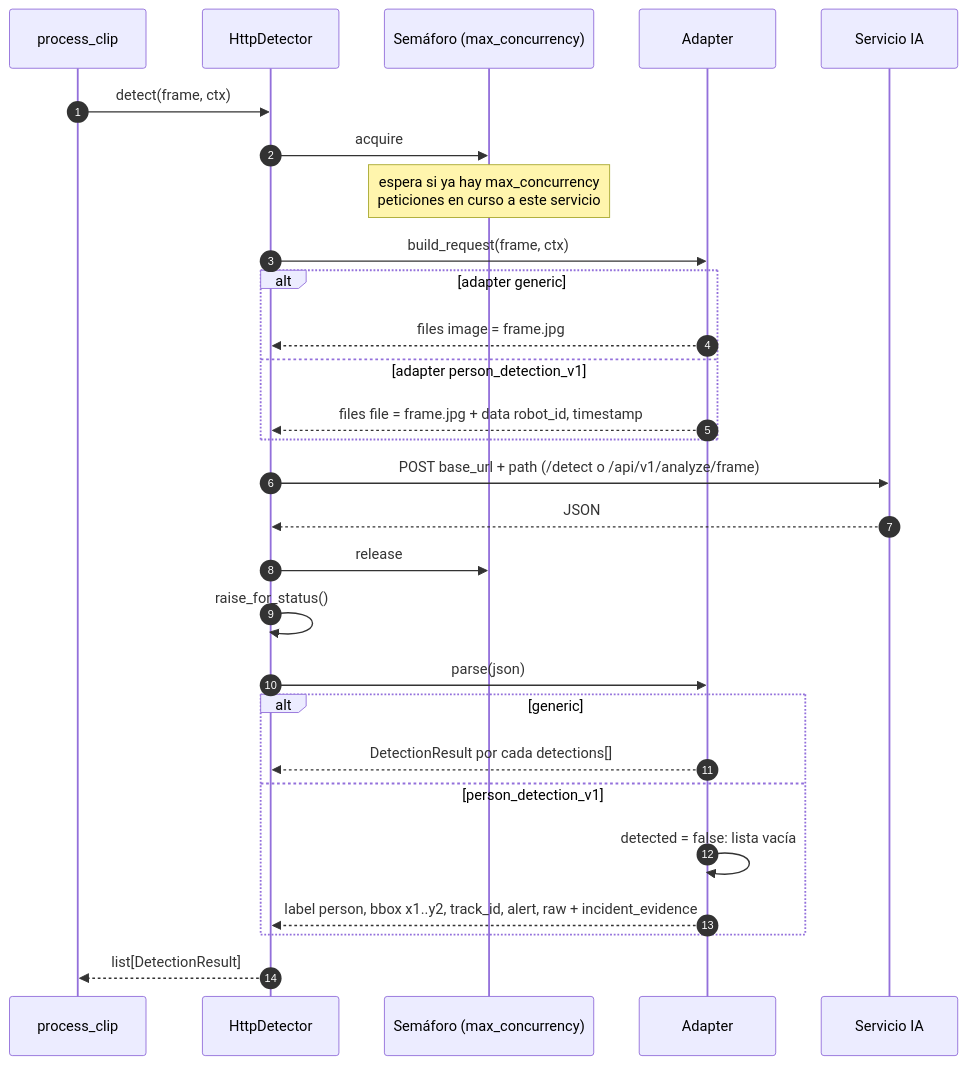
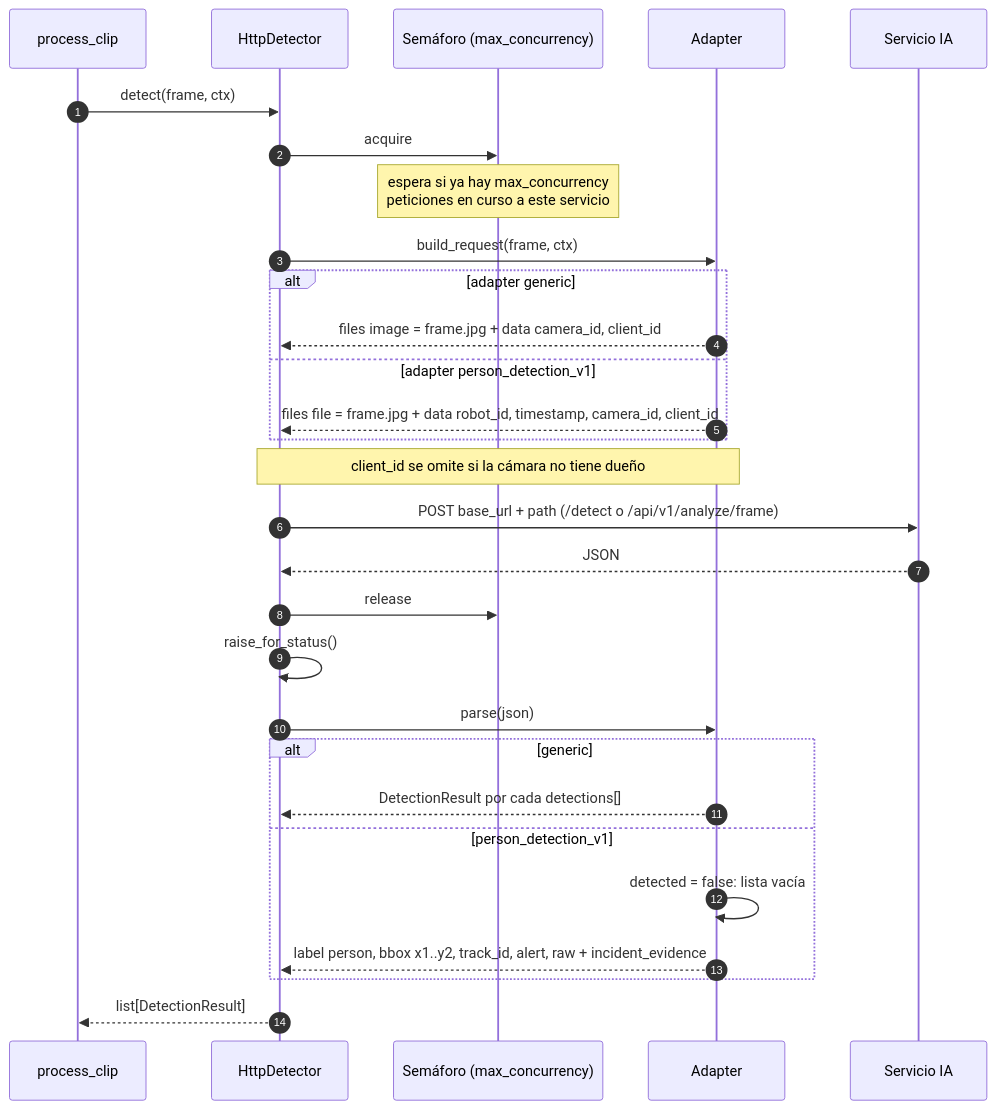
One commit to CarlosVargas2170/robotics-orchestrator changed diagram 11 of 20 in _docs_temp/diagramas-secuencia.md. Above: the diagram before and after it, drawn with Mermaid. The commit also changed other lines of this file and 1 other file, not shown here.

Commit message:
[DOCS]-contrato-detectores Cuerpo opcional:
- Documenta en el README el contrato de los adaptadores generic y person_detection_v1, con camera_id y client_id
- Corrige el formato de bbox y quita la referencia a DETECTOR_*_URL
- Actualiza los diagramas de secuencia con los campos nuevos

````diff
--- a/_docs_temp/diagramas-secuencia.md
+++ b/_docs_temp/diagramas-secuencia.md
@@ -509,31 +509,32 @@
 ```mermaid
 sequenceDiagram
     autonumber
     participant R as process_clip
     participant HD as HttpDetector
     participant Sem as Semáforo (max_concurrency)
     participant Ad as Adapter
     participant IA as Servicio IA
 
     R->>HD: detect(frame, ctx)
     HD->>Sem: acquire
     Note over Sem: espera si ya hay max_concurrency<br/>peticiones en curso a este servicio
     HD->>Ad: build_request(frame, ctx)
     alt adapter generic
-        Ad-->>HD: files image = frame.jpg
+        Ad-->>HD: files image = frame.jpg + data camera_id, client_id
     else adapter person_detection_v1
-        Ad-->>HD: files file = frame.jpg + data robot_id, timestamp
+        Ad-->>HD: files file = frame.jpg + data robot_id, timestamp, camera_id, client_id
     end
+    Note over Ad,HD: client_id se omite si la cámara no tiene dueño
     HD->>IA: POST base_url + path (/detect o /api/v1/analyze/frame)
     IA-->>HD: JSON
     HD->>Sem: release
     HD->>HD: raise_for_status()
     HD->>Ad: parse(json)
     alt generic
         Ad-->>HD: DetectionResult por cada detections[]
     else person_detection_v1
         Ad->>Ad: detected = false: lista vacía
         Ad-->>HD: label person, bbox x1..y2, track_id, alert, raw + incident_evidence
     end
     HD-->>R: list[DetectionResult]
 ```
````
